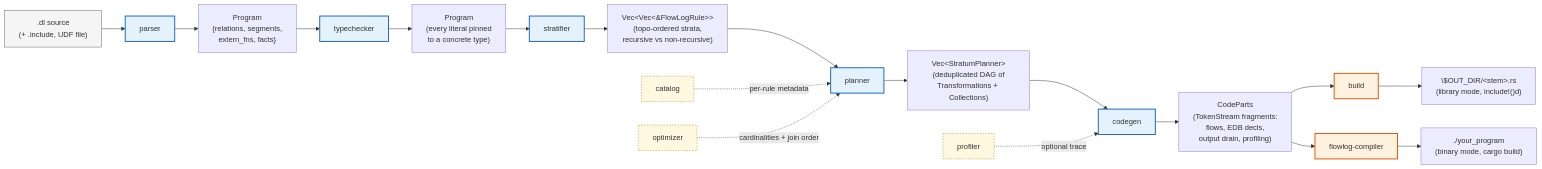
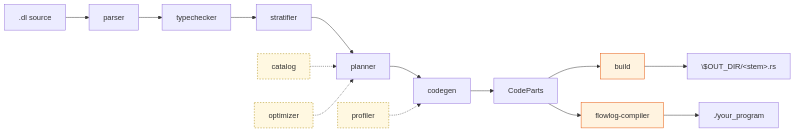
One commit to flowlog-rs/flowlog changed the first of 2 diagrams in ARCHITECTURE.md. Above: the diagram before and after it, drawn with Mermaid. The commit also changed other lines of this file and 12 other files, not shown here.

````diff
--- a/ARCHITECTURE.md
+++ b/ARCHITECTURE.md
@@ -6,26 +7,12 @@
 ```mermaid
 flowchart LR
-    SRC[".dl source<br/>(+ .include, UDF file)"]:::edge --> P
-    P[parser]:::stage --> AST["Program<br/>{relations, segments,<br/>extern_fns, facts}"]
-    AST --> TC[typechecker]:::stage
-    TC --> AST2["Program<br/>(every literal pinned<br/>to a concrete type)"]
-    AST2 --> S[stratifier]:::stage
-    S --> STRATA["Vec&lt;Vec&lt;&amp;FlowLogRule&gt;&gt;<br/>(topo-ordered strata,<br/>recursive vs non-recursive)"]
-    STRATA --> PL[planner]:::stage
-    PL --> TX["Vec&lt;StratumPlanner&gt;<br/>(deduplicated DAG of<br/>Transformations + Collections)"]
-    TX --> CG[codegen]:::stage
-    CG --> CP["CodeParts<br/>(TokenStream fragments:<br/>flows, EDB decls,<br/>output drain, profiling)"]
-    CP --> LIB[build]:::tail
-    CP --> BIN[flowlog-compiler]:::tail
-    LIB --> LIBOUT["\$OUT_DIR/&lt;stem&gt;.rs<br/>(library mode, include!()d)"]
-    BIN --> BINOUT["./your_program<br/>(binary mode, cargo build)"]
+    src[".dl source"] --> p[parser] --> tc[typechecker] --> s[stratifier] --> pl[planner] --> cg[codegen] --> out[CodeParts]
+    cat[catalog]:::side -.-> pl
+    opt[optimizer]:::side -.-> pl
+    prof[profiler]:::side -.-> cg
+    out --> lib[build]:::tail --> libout["\$OUT_DIR/&lt;stem&gt;.rs"]
+    out --> bin[flowlog-compiler]:::tail --> binout["./your_program"]
 
-    CAT[catalog]:::side -.per-rule metadata.-> PL
-    OPT[optimizer]:::side -.cardinalities + join order.-> PL
-    PROF[profiler]:::side -.optional trace.-> CG
-
-    classDef stage fill:#e3f2fd,stroke:#1565c0,stroke-width:2px
-    classDef tail fill:#fff3e0,stroke:#e65100,stroke-width:2px
-    classDef edge fill:#f5f5f5,stroke:#616161
     classDef side fill:#fff8e1,stroke:#a80,stroke-dasharray:3 3
+    classDef tail fill:#fff3e0,stroke:#e65100
 ```
````
